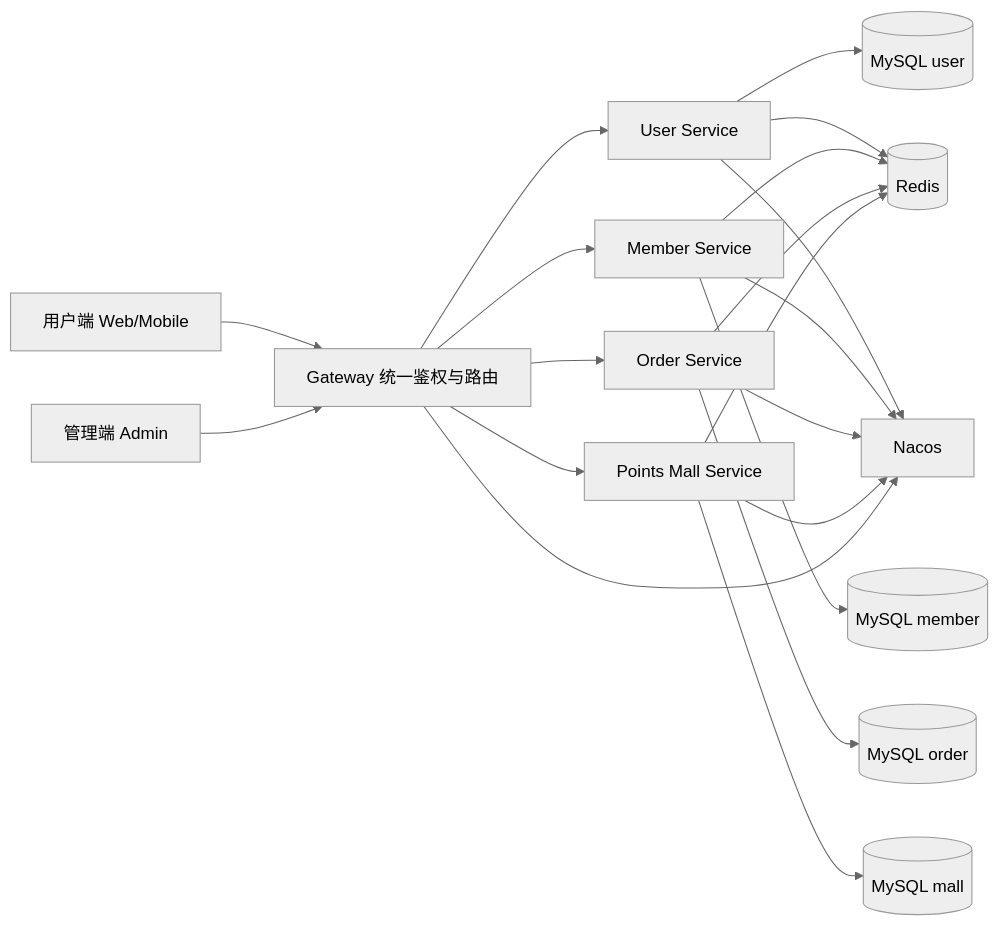
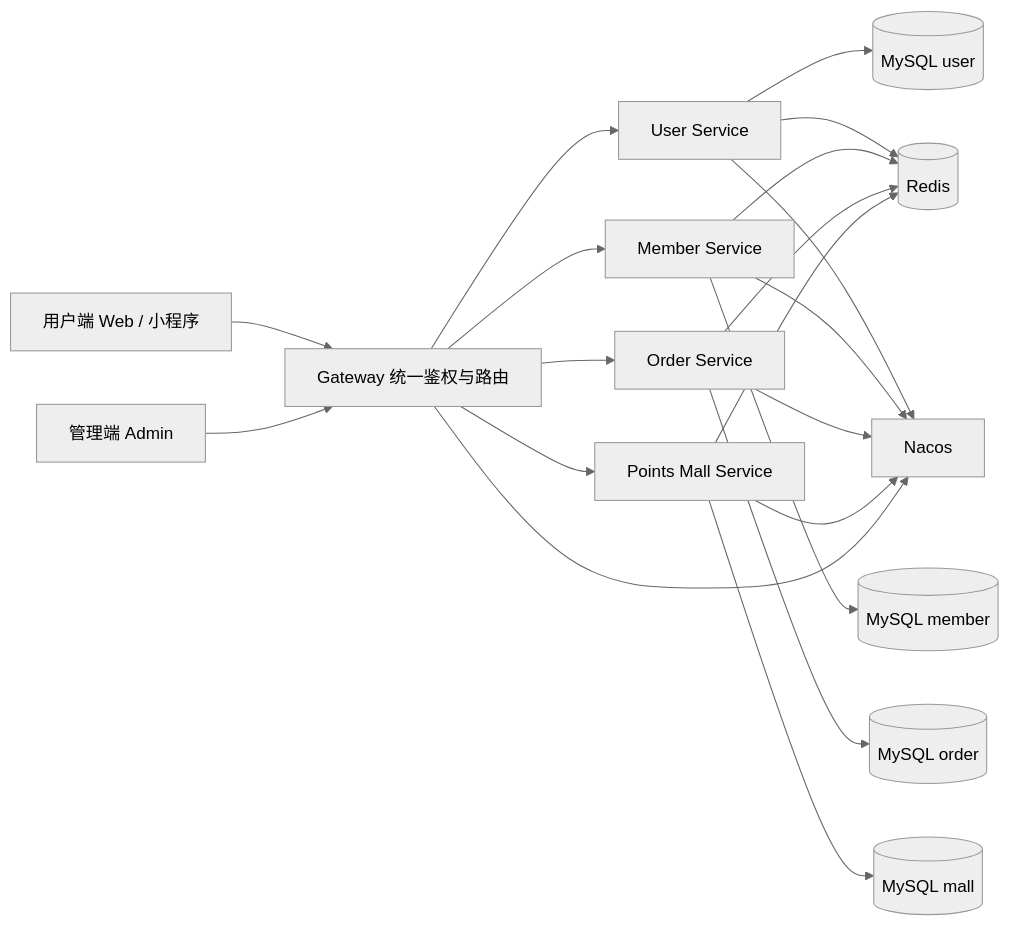
One commit to Lstarxing/cozy-coffee changed the first of 4 diagrams in README.md. Above: the diagram before and after it, drawn with Mermaid (neutral theme). The commit also changed other lines of this file and 50 other files, not shown here.

First line of the commit message:
docs: 三端 README 界面截图重排（web/mobile/admin）

````diff
--- a/README.md
+++ b/README.md
@@ -45,26 +58,26 @@
 ```mermaid
 flowchart LR
-    U[用户端 Web/Mobile] --> G[Gateway 统一鉴权与路由]
+    U[用户端 Web / 小程序] --> G[Gateway 统一鉴权与路由]
     A[管理端 Admin] --> G
 
     G --> US[User Service]
     G --> MS[Member Service]
     G --> OS[Order Service]
     G --> PS[Points Mall Service]
 
     US --> MYSQL1[(MySQL user)]
     MS --> MYSQL2[(MySQL member)]
     OS --> MYSQL3[(MySQL order)]
     PS --> MYSQL4[(MySQL mall)]
 
     US --> R[(Redis)]
     MS --> R
     OS --> R
     PS --> R
 
     US --> N[Nacos]
     MS --> N
     OS --> N
     PS --> N
     G --> N
 ```
````
